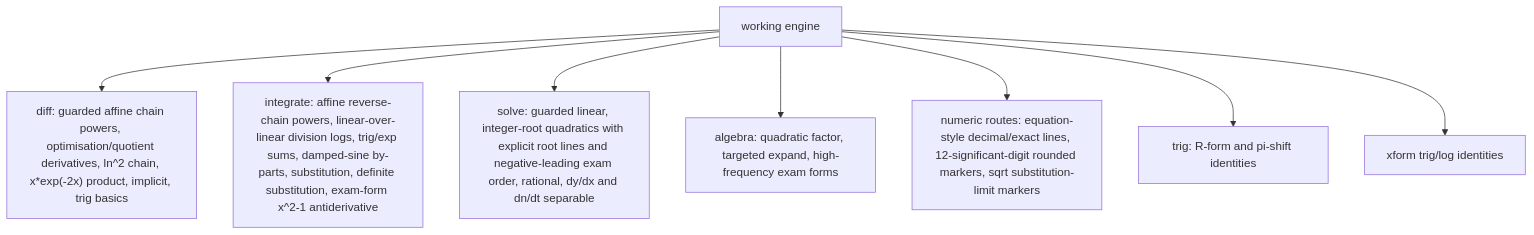
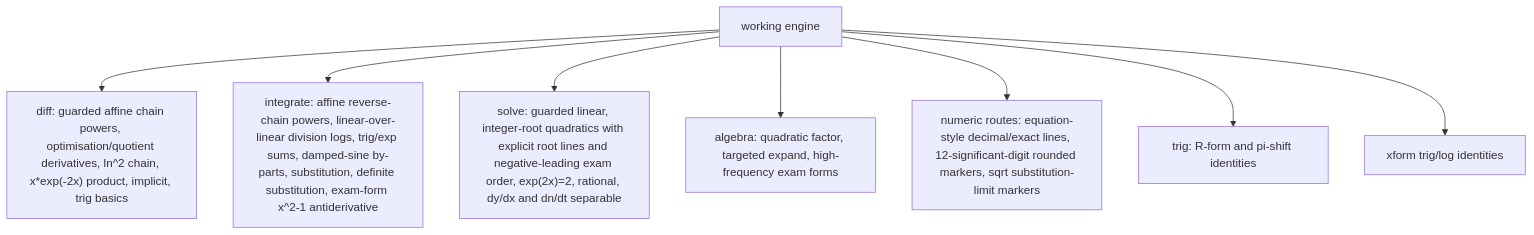
One commit to james8464/notes-addin-casio-fx-cg50 changed the third of 6 diagrams in docs/GRAPH.md. Above: the diagram before and after it, drawn with Mermaid. The commit also changed other lines of this file and 3 other files, not shown here.

````diff
--- a/docs/GRAPH.md
+++ b/docs/GRAPH.md
@@ -36,10 +36,10 @@
 ```mermaid
 graph TD
   Work["working engine"] --> Diff["diff: guarded affine chain powers, optimisation/quotient derivatives, ln^2 chain, x*exp(-2x) product, implicit, trig basics"]
   Work --> Int["integrate: affine reverse-chain powers, linear-over-linear division logs, trig/exp sums, damped-sine by-parts, substitution, definite substitution, exam-form x^2-1 antiderivative"]
-  Work --> Solve["solve: guarded linear, integer-root quadratics with explicit root lines and negative-leading exam order, rational, dy/dx and dn/dt separable"]
+  Work --> Solve["solve: guarded linear, integer-root quadratics with explicit root lines and negative-leading exam order, exp(2x)=2, rational, dy/dx and dn/dt separable"]
   Work --> Alg["algebra: quadratic factor, targeted expand, high-frequency exam forms"]
   Work --> Num["numeric routes: equation-style decimal/exact lines, 12-significant-digit rounded markers, sqrt substitution-limit markers"]
   Work --> Trig["trig: R-form and pi-shift identities"]
   Work --> Xform["xform trig/log identities"]
 ```
````
